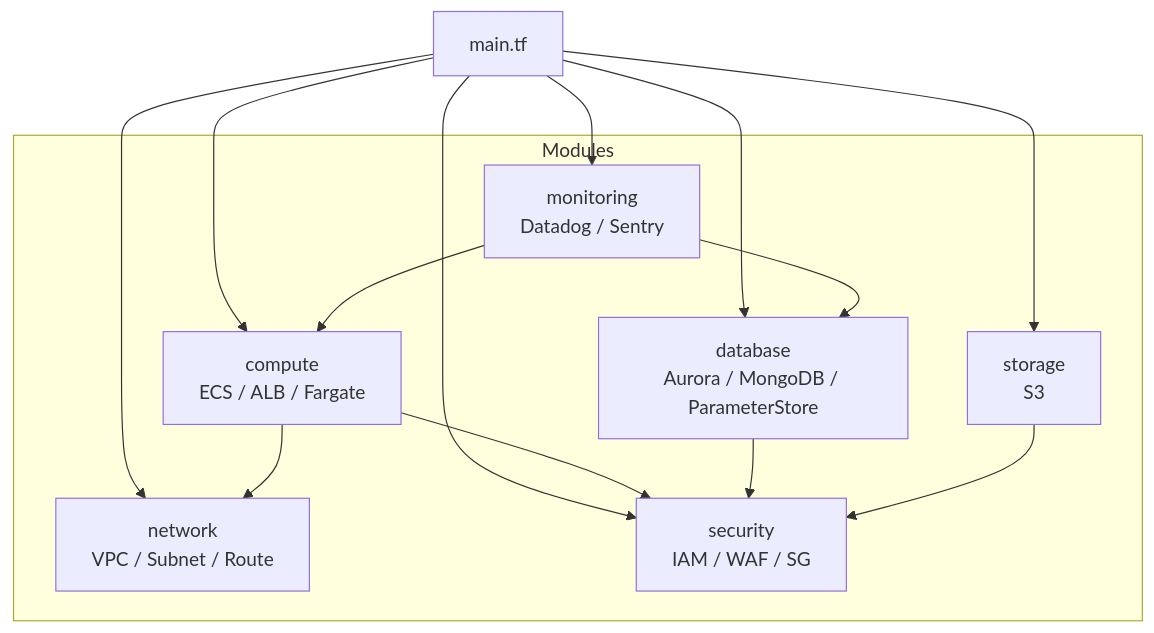
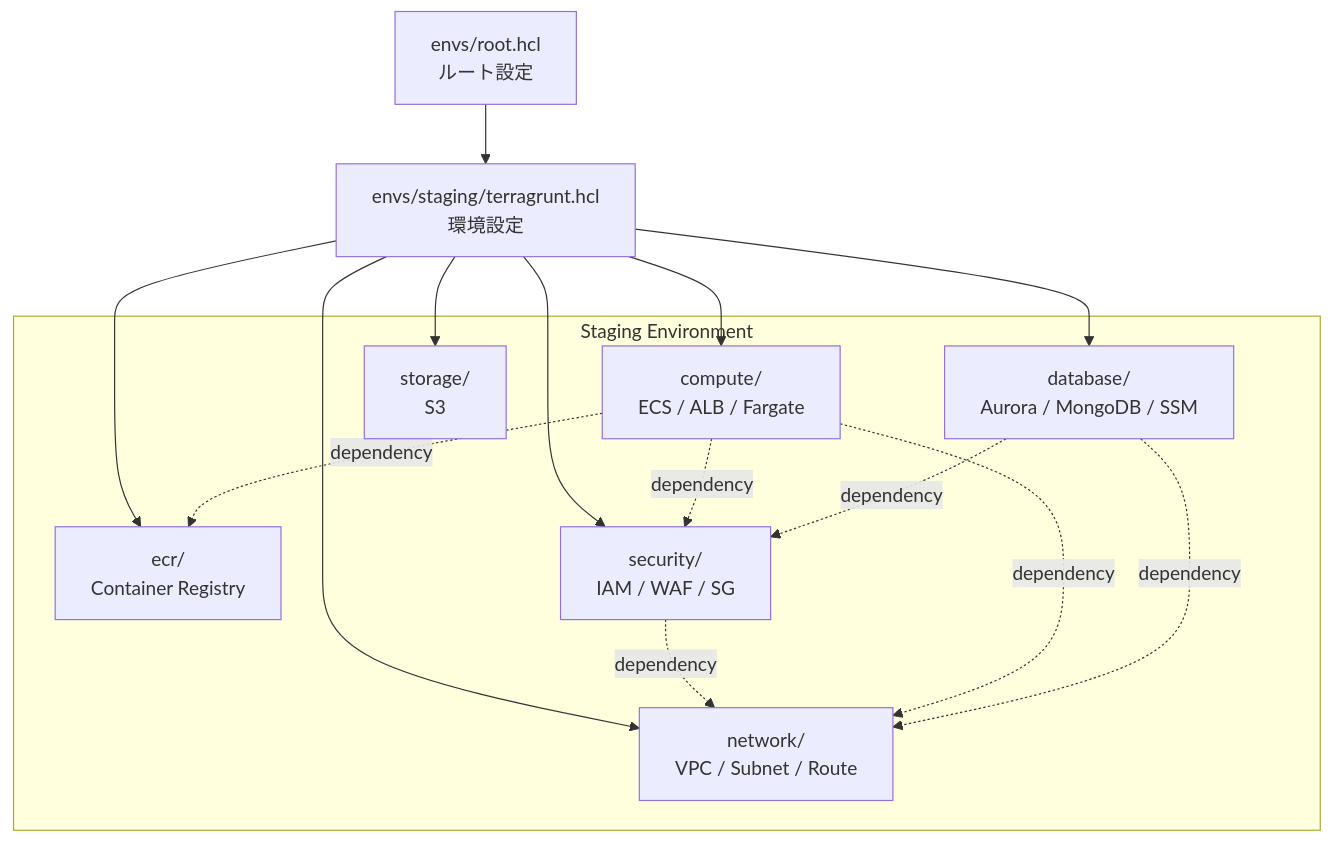
One commit to Hitamuki/bookmark-manager-app changed the second of 2 diagrams in infra/README.md. Above: the diagram before and after it, drawn with Mermaid. The commit also changed other lines of this file and 47 other files, not shown here.

````diff
--- a/infra/README.md
+++ b/infra/README.md
@@ -157,27 +185,29 @@
 ```mermaid
 graph TD
-  ROOT[main.tf]
+  ROOT[envs/root.hcl<br>ルート設定]
+  ENV[envs/staging/terragrunt.hcl<br>環境設定]
 
-  subgraph Modules
-    NW[network<br>VPC / Subnet / Route]
-    SEC[security<br>IAM / WAF / SG]
-    CMP[compute<br>ECS / ALB / Fargate]
-    DB[database<br>Aurora / MongoDB / ParameterStore]
-    ST[storage<br>S3]
-    MON[monitoring<br>Datadog / Sentry]
+  subgraph Staging Environment
+    ECR[ecr/<br>Container Registry]
+    NW[network/<br>VPC / Subnet / Route]
+    SEC[security/<br>IAM / WAF / SG]
+    CMP[compute/<br>ECS / ALB / Fargate]
+    DB[database/<br>Aurora / MongoDB / SSM]
+    ST[storage/<br>S3]
   end
 
-  ROOT --> NW
-  ROOT --> SEC
-  ROOT --> CMP
-  ROOT --> DB
-  ROOT --> ST
-  ROOT --> MON
+  ROOT --> ENV
+  ENV --> ECR
+  ENV --> NW
+  ENV --> SEC
+  ENV --> CMP
+  ENV --> DB
+  ENV --> ST
 
-  CMP --> NW
-  CMP --> SEC
-  DB --> SEC
-  ST --> SEC
-  MON --> CMP
-  MON --> DB
+  SEC -.dependency.-> NW
+  CMP -.dependency.-> ECR
+  CMP -.dependency.-> NW
+  CMP -.dependency.-> SEC
+  DB -.dependency.-> NW
+  DB -.dependency.-> SEC
 ```
````
